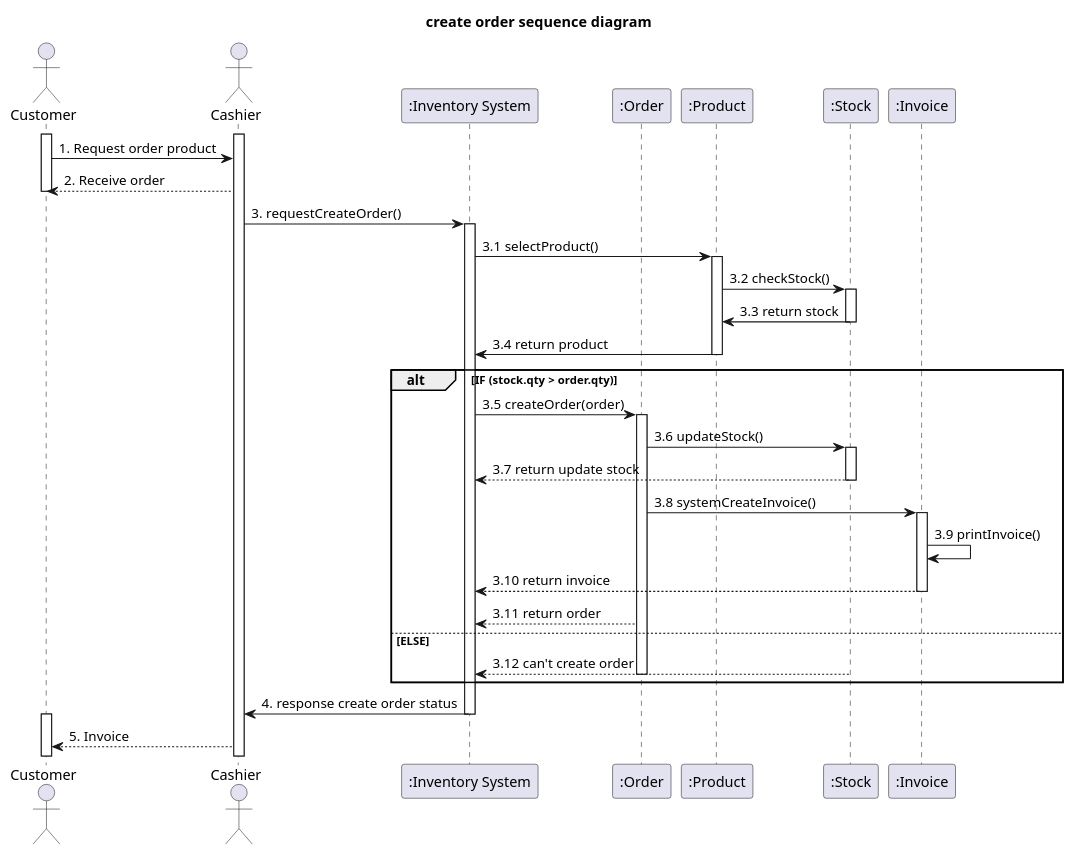
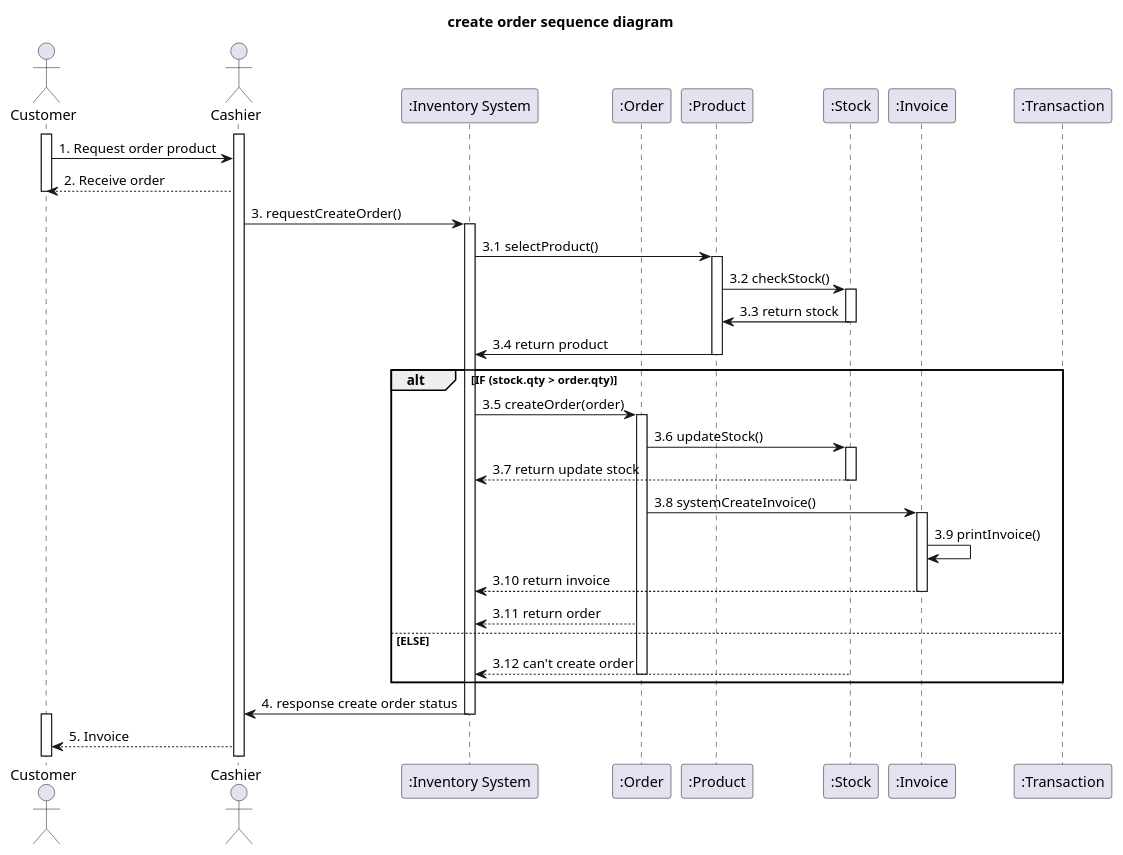
One commit to billowdev/inventory-system-plantuml-sequelize-seeder-example changed the diagram in system-analysis/sequence/_4_2_sequence-create-order.puml. Above: the diagram before and after it, drawn with PlantUML. The commit also changed 6 other files, not shown here.

Commit message:
update class and sequence diagram

```diff
--- a/system-analysis/sequence/_4_2_sequence-create-order.puml
+++ b/system-analysis/sequence/_4_2_sequence-create-order.puml
@@ -1,78 +1,93 @@
 @startuml
 'example
 title create order sequence diagram
 
 actor Customer as actorCustomer
 
 
 actor Cashier as actorCashier
 participant ":Inventory System" as InventorySystem
 participant ":Order" as classOrder
 participant ":Product" as classProduct
 participant ":Stock" as classStock
 participant ":Invoice" as classInvoice
+participant ":Transaction" as classTransaction
 
 activate actorCashier
 activate actorCustomer
 
 actorCustomer -> actorCashier : 1. Request order product
 
 actorCashier --> actorCustomer : 2. Receive order
 deactivate actorCustomer
 
 actorCashier -> InventorySystem: 3. requestCreateOrder()
 activate InventorySystem
 
 InventorySystem -> classProduct: 3.1 selectProduct()
 activate classProduct
 
 classProduct -> classStock: 3.2 checkStock()
 activate classStock
 
 classStock -> classProduct: 3.3 return stock
 deactivate classStock
 
 classProduct -> InventorySystem: 3.4 return product
 deactivate classProduct
 
 
 
 alt IF (stock.qty > order.qty)
 
+'InventorySystem -> classTransaction : getTransaction
+'activate classTransaction
+'classTransaction --> InventorySystem : return transaction
+'deactivate classTransaction
+'
+'alt IF pending transaction not exist
+'InventorySystem -> classTransaction : createTransaction()
+'  activate classTransaction
+'classTransaction --> InventorySystem : return transaction
+' deactivate classTransaction
+'end
+
+
 InventorySystem -> classOrder: 3.5 createOrder(order)
 activate classOrder
+
 
 
 classOrder -> classStock: 3.6 updateStock()
 activate classStock
 
 classStock --> InventorySystem : 3.7 return update stock
 deactivate classStock
 
 
 classOrder -> classInvoice : 3.8 systemCreateInvoice()
 activate classInvoice
 classInvoice -> classInvoice : 3.9 printInvoice()
 classInvoice --> InventorySystem: 3.10 return invoice
 
 
 
 
 deactivate classInvoice
 classOrder --> InventorySystem: 3.11 return order
 
 else ELSE
 classStock --> InventorySystem : 3.12 can't create order
 'deactivate InventorySystem
 deactivate classOrder
 
 end
 
 
 InventorySystem -> actorCashier: 4. response create order status
 
 deactivate InventorySystem
 activate actorCustomer
 actorCashier --> actorCustomer : 5. Invoice
 
 @enduml
```
